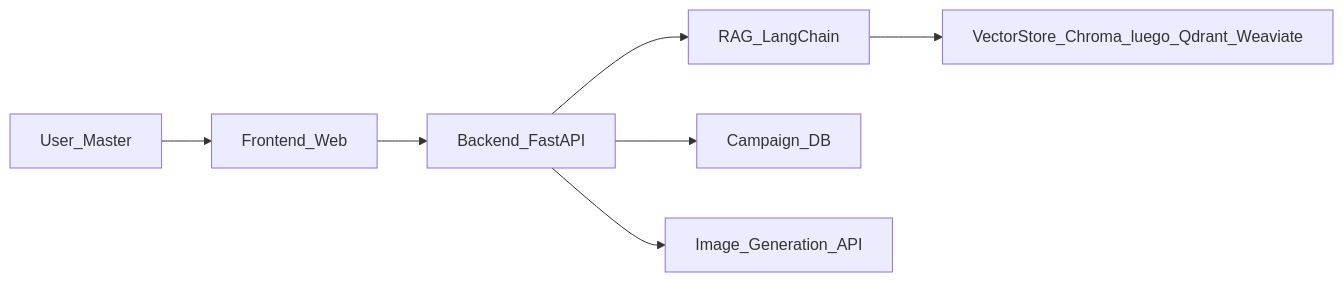
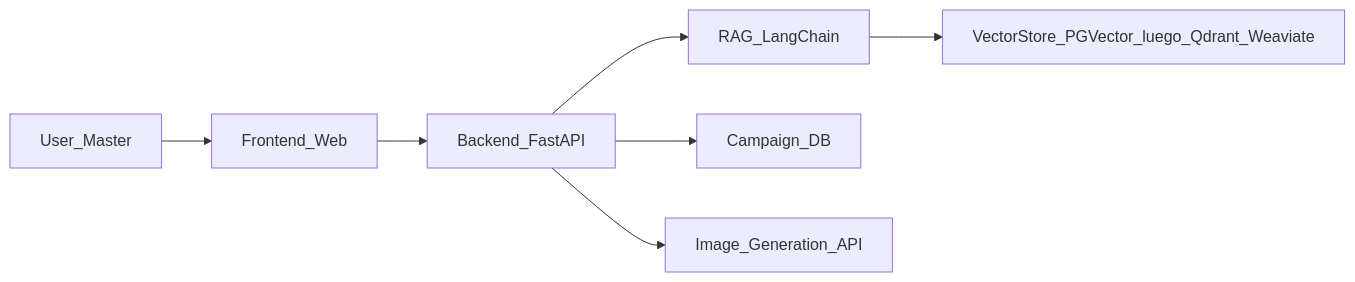
One commit to jfcano/dndhelper changed the diagram in .cursor/plans/mvp_asistente_dnd_b7141633.plan.md. Above: the diagram before and after it, drawn with Mermaid. The commit also changed other lines of this file and 33 other files, not shown here.

````diff
--- a/.cursor/plans/mvp_asistente_dnd_b7141633.plan.md
+++ b/.cursor/plans/mvp_asistente_dnd_b7141633.plan.md
@@ -279,9 +279,9 @@
 ```mermaid
 flowchart LR
   user[User_Master] --> frontend[Frontend_Web]
   frontend --> backend[Backend_FastAPI]
   backend --> ragEngine[RAG_LangChain]
-  ragEngine --> pdfStore[VectorStore_Chroma_luego_Qdrant_Weaviate]
+  ragEngine --> pdfStore[VectorStore_PGVector_luego_Qdrant_Weaviate]
   backend --> campaignDB[Campaign_DB]
   backend --> imageService[Image_Generation_API]
 ```
````
